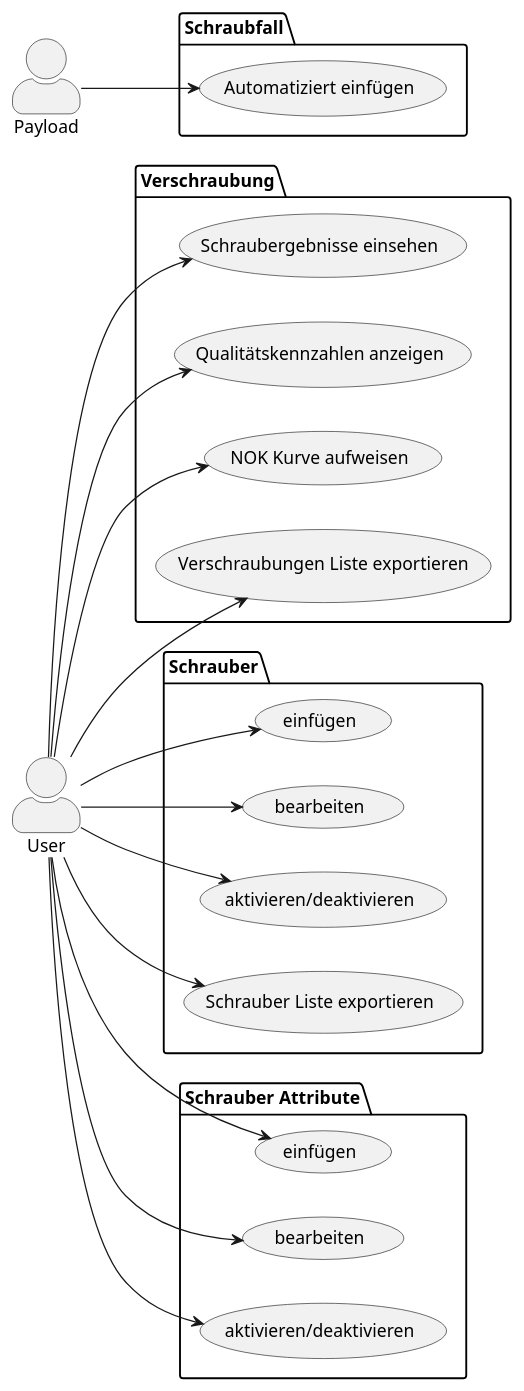
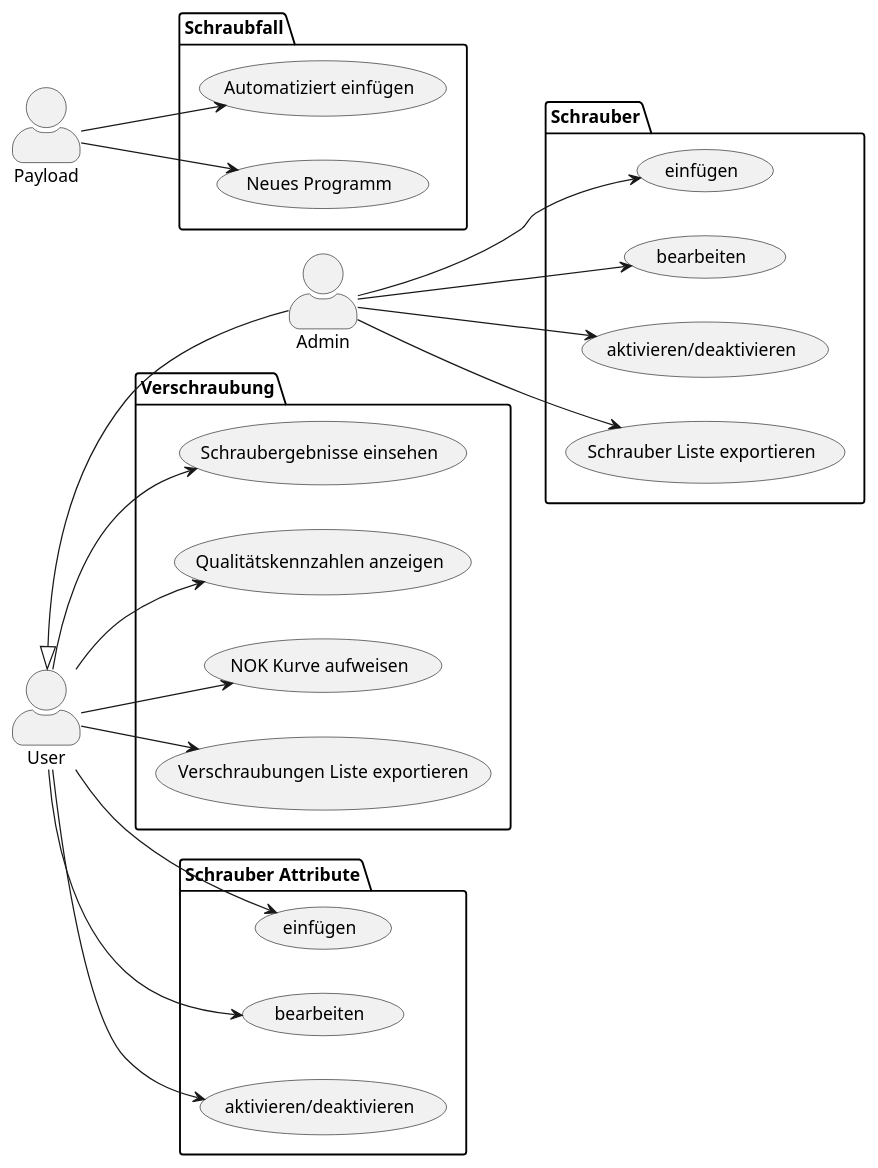
The diagram in uml/-/UCs.puml (TomasPinolini/schrauberVerwaltung), drawn with PlantUML before and after one commit. The commit also changed 6 other files, not shown here.

Commit message:
9:10 - 19.05 - Schrauber Verwaltung UML Diagrams (80%)

```diff
--- a/uml/-/UCs.puml
+++ b/uml/-/UCs.puml
@@ -1,55 +1,61 @@
 @startuml AssemblyAssistant
 left to right direction
 'top to bottom direction
 skinparam actorStyle awesome
 
 'actor "Arbeitsplaner" as ap
 'actor "TEF7" as tef
 'actor "QMM" as qmm
 
 actor "User" as user
+actor "Admin" as admin
 actor "Payload" as payload
 
 package Verschraubung {
     usecase "Schraubergebnisse einsehen" as see
     usecase "Qualitätskennzahlen anzeigen" as qa
     usecase "NOK Kurve aufweisen" as ka
     usecase "Verschraubungen Liste exportieren" as vle
 }
 
 package Schrauber {
     usecase "einfügen" as se
     usecase "bearbeiten" as sb
     usecase "aktivieren/deaktivieren" as su
     usecase "Schrauber Liste exportieren" as sle
 }
 
 package "Schrauber Attribute" {
     usecase "einfügen" as ae
     usecase "bearbeiten" as ab
     usecase "aktivieren/deaktivieren" as au
 }
 
 package Schraubfall {
     usecase "Automatiziert einfügen" as schfe
+    usecase "Neues Programm" as np
 }
 
 
+
+user <|-- admin
 
 user --> see
 user --> qa
 user --> ka
 user --> vle
 
+admin --> se
+admin --> sb
+admin --> su
+admin --> sle
+
 user --> ae
 user --> ab
 user --> au
 
-user --> se
-user --> sb
-user --> su
-user --> sle
 
 payload --> schfe
+payload --> np
 
 @enduml
```
